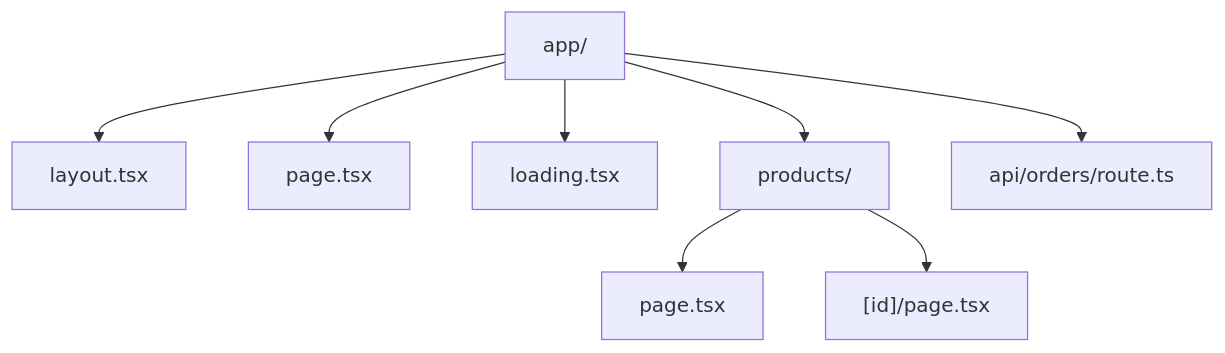
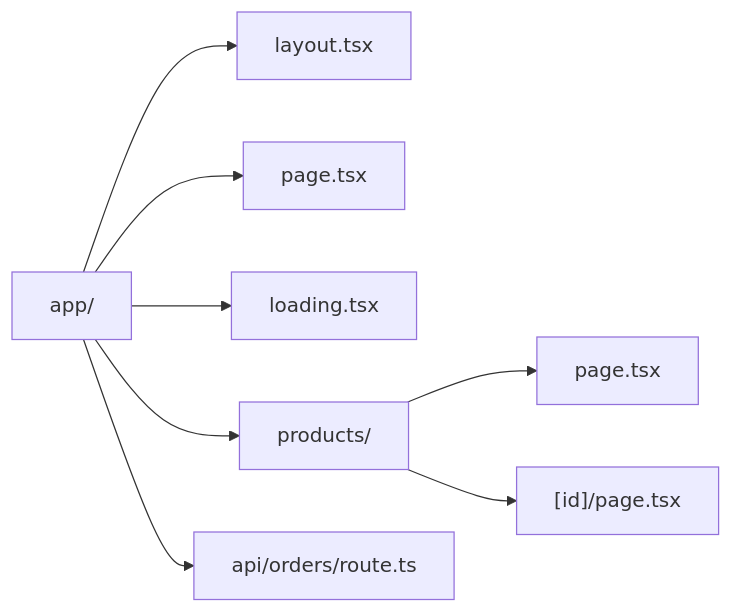
One commit to yjkim2015/yjkim2015.github.io changed the second of 5 diagrams in _posts/frontend/2026-05-01-nextjs.md. Above: the diagram before and after it, drawn with Mermaid. The commit also changed 248 other files, not shown here.

First line of the commit message:
graph TD → LR 변환: 세로 길이가 긴 다이어그램 571개를 가로로 전환

````diff
--- a/_posts/frontend/2026-05-01-nextjs.md
+++ b/_posts/frontend/2026-05-01-nextjs.md
@@ -52,10 +52,10 @@
 ```mermaid
-flowchart TD
+flowchart LR
     ROOT["app/"] --> LAYOUT["layout.tsx"]
     ROOT --> PAGE["page.tsx"]
     ROOT --> LOADING["loading.tsx"]
     ROOT --> PRODUCTS["products/"]
     ROOT --> API["api/orders/route.ts"]
     PRODUCTS --> PROD_PAGE["page.tsx"]
     PRODUCTS --> DYN["[id]/page.tsx"]
 ```
````
